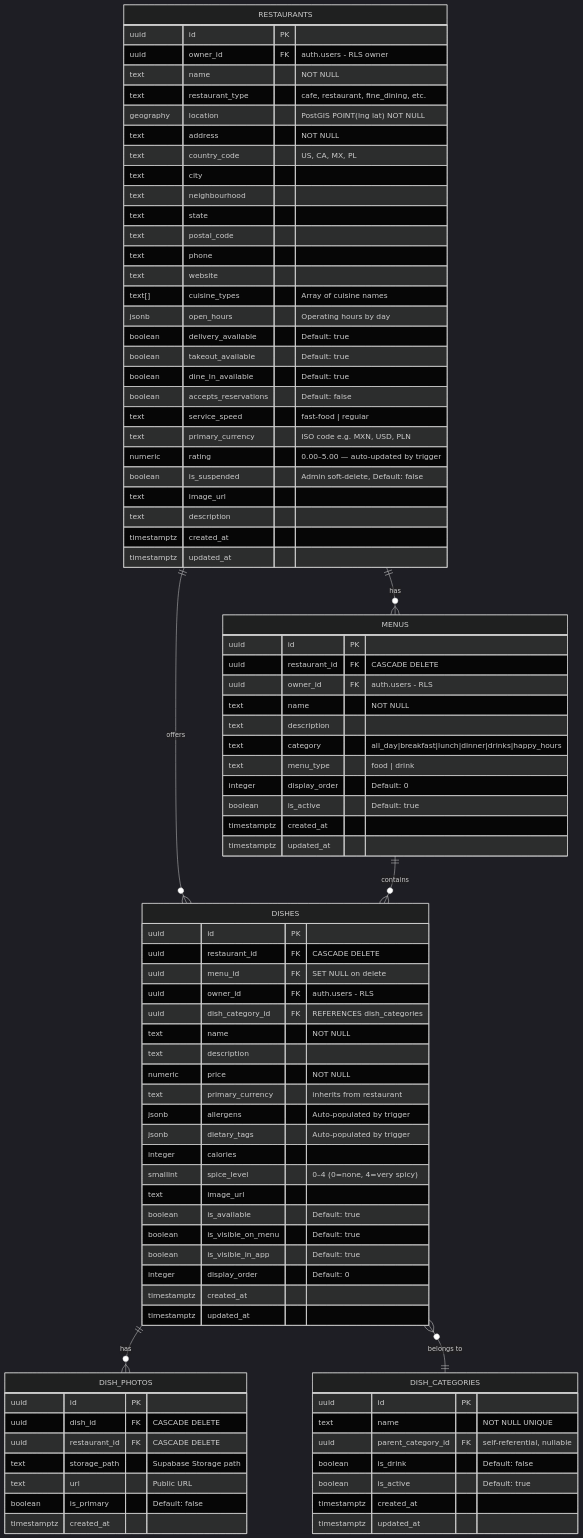
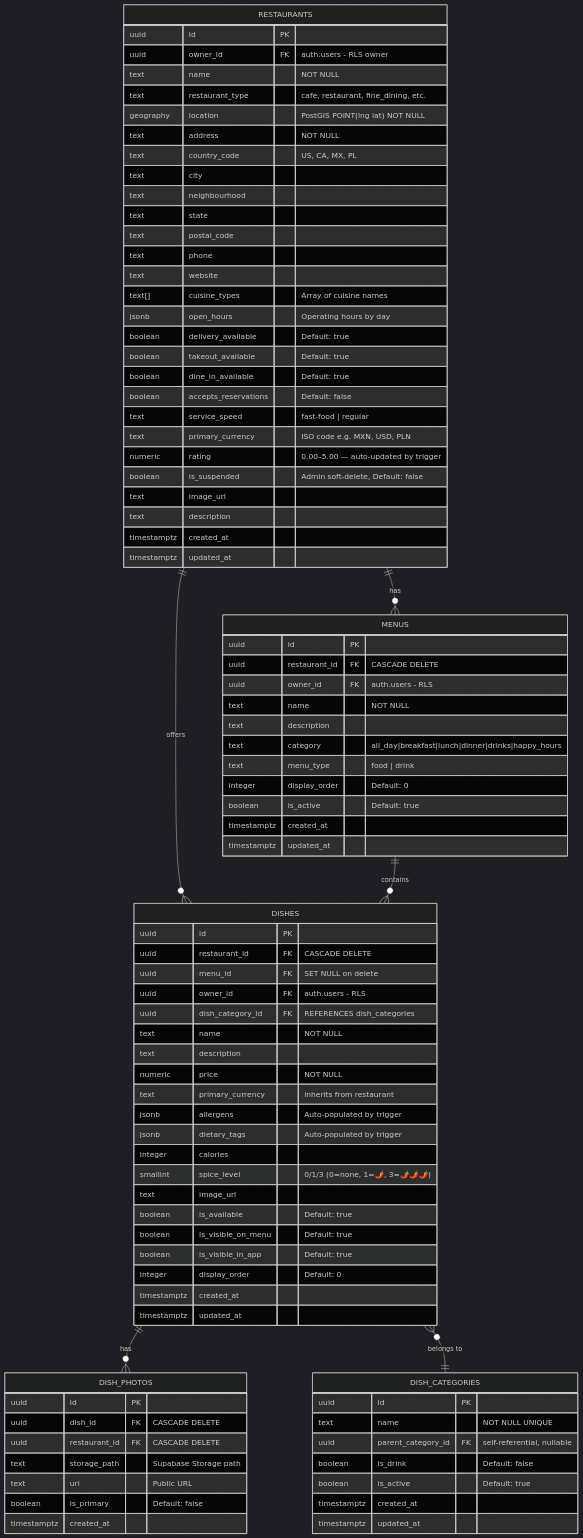
One commit to ArturKlasa/eatMe_v1.1 changed the first of 8 diagrams in docs/schema-erd.md. Above: the diagram before and after it, drawn with Mermaid (dark theme). The commit also changed 31 other files, not shown here.

```diff
--- a/docs/schema-erd.md
+++ b/docs/schema-erd.md
@@ -74,7 +74,7 @@
         jsonb allergens "Auto-populated by trigger"
         jsonb dietary_tags "Auto-populated by trigger"
         integer calories
-        smallint spice_level "0–4 (0=none, 4=very spicy)"
+        smallint spice_level "0/1/3 (0=none, 1=🌶️, 3=🌶️🌶️🌶️)"
         text image_url
         boolean is_available "Default: true"
         boolean is_visible_on_menu "Default: true"
```
